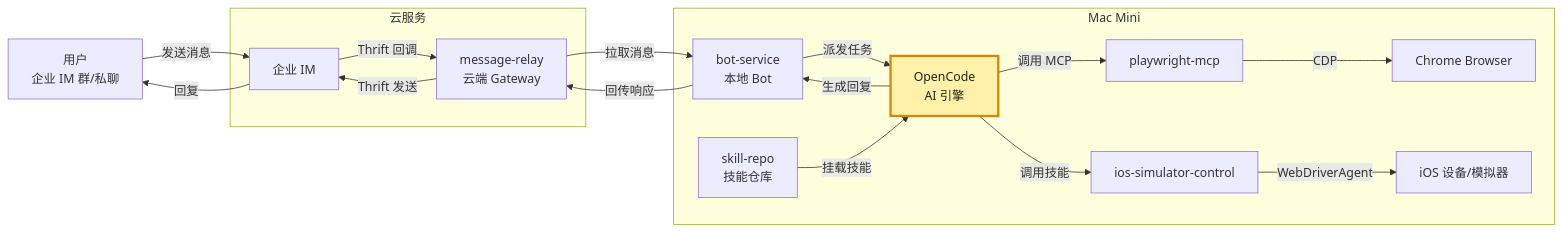
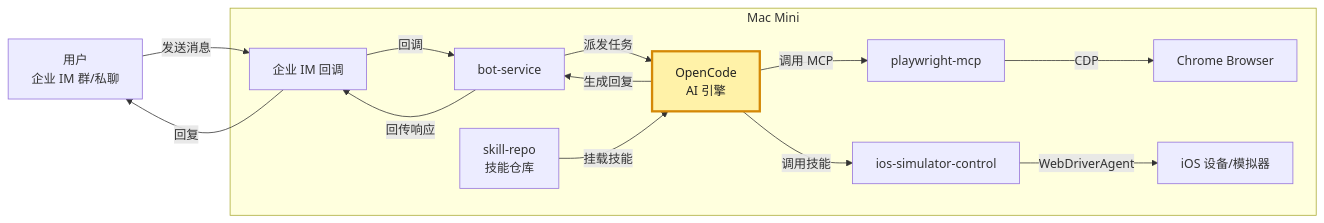
Before and after one commit to wangzexi/blog: the second of 3 diagrams in AI 实习生“小五”：把 Agent 放进上下文已经存在的地方/README.md, drawn with Mermaid. The commit also changed other lines of this file and 19 other files, not shown here.

````diff
--- a/AI 实习生“小五”：把 Agent 放进上下文已经存在的地方/README.md
+++ b/AI 实习生“小五”：把 Agent 放进上下文已经存在的地方/README.md
@@ -98,35 +96,29 @@
 ```mermaid
 graph LR
     User[用户\n企业 IM 群/私聊]
 
-    subgraph Cloud[云服务]
-        DX[企业 IM]
-        Relay[message-relay\n云端 Gateway]
-    end
-
     subgraph Mini[Mac Mini]
-        Bot[bot-service\n本地 Bot]
+        IM[企业 IM 回调]
+        Bot[bot-service]
         OC[OpenCode\nAI 引擎]
         Skills[skill-repo\n技能仓库]
         MCP[playwright-mcp]
         Browser[Chrome Browser]
         IOSSkill[ios-simulator-control]
         iOS[iOS 设备/模拟器]
     end
 
-    User -->|发送消息| DX
-    DX -->|Thrift 回调| Relay
-    Relay -->|拉取消息| Bot
+    User -->|发送消息| IM
+    IM -->|回调| Bot
     Bot -->|派发任务| OC
     Skills -->|挂载技能| OC
     OC -->|调用 MCP| MCP
     MCP -->|CDP| Browser
     OC -->|调用技能| IOSSkill
     IOSSkill -->|WebDriverAgent| iOS
     OC -->|生成回复| Bot
-    Bot -->|回传响应| Relay
-    Relay -->|Thrift 发送| DX
-    DX -->|回复| User
+    Bot -->|回传响应| IM
+    IM -->|回复| User
 
     style OC fill:#fff2a8,stroke:#d48806,stroke-width:3px,color:#222
 ```
````
